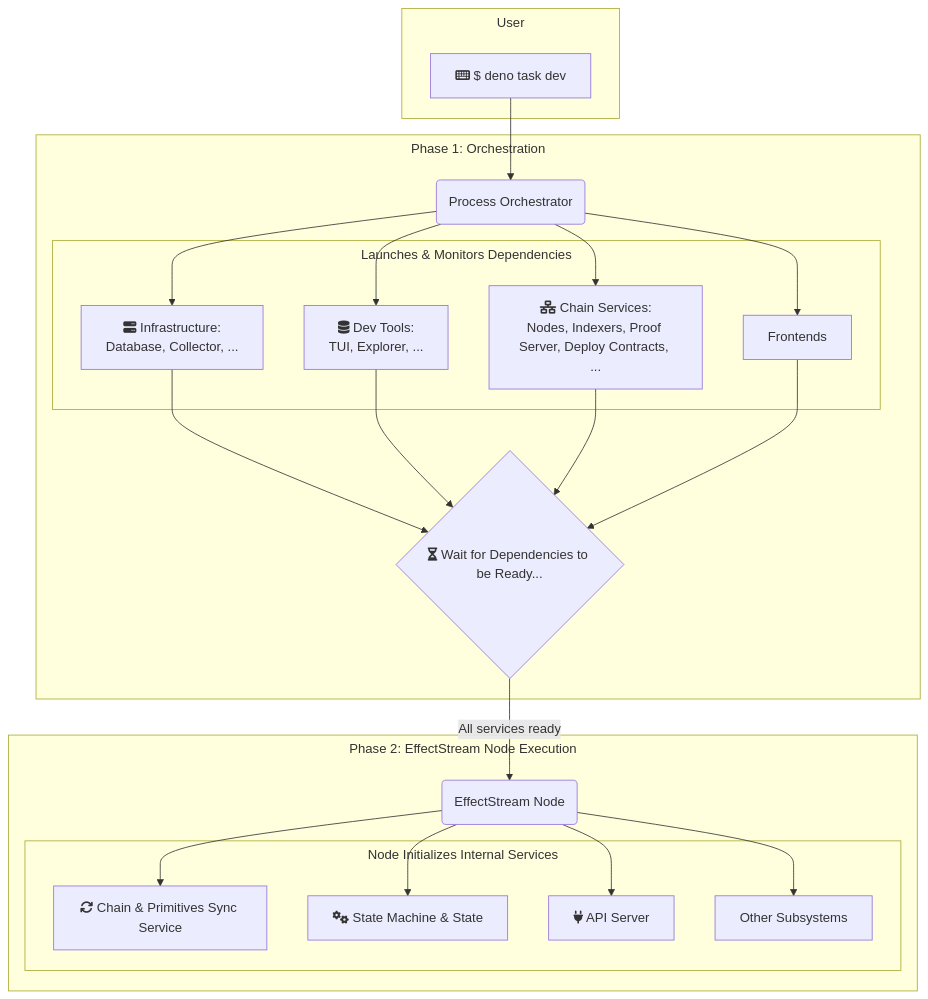
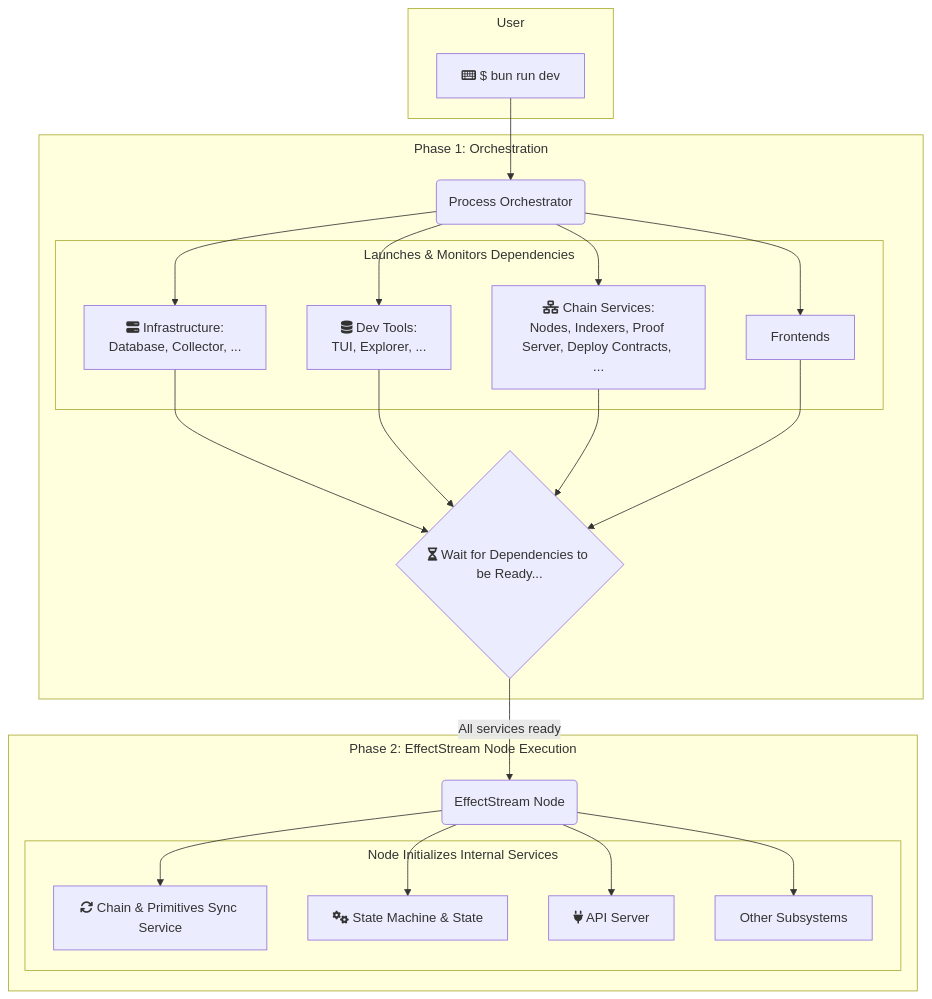
The diagram in docs/site/docs/home/10-quickstart/10-quickstart.md (effectstream/effectstream), drawn with Mermaid before and after one commit. The commit also changed other lines of this file and 63 other files, not shown here.

First line of the commit message:
docs: replace deno/jsr references with bun + npm

````diff
--- a/docs/site/docs/home/10-quickstart/10-quickstart.md
+++ b/docs/site/docs/home/10-quickstart/10-quickstart.md
@@ -90,53 +80,53 @@
 ```mermaid
 ---
 config:
   flowchart:
     subGraphTitleMargin:
       top: 5
       bottom: 25
 ---
 graph TD
     subgraph "User"
-        A["fa:fa-keyboard $ deno task dev"]
+        A["fa:fa-keyboard $ bun run dev"]
     end
 
     subgraph "Phase 1: Orchestration"
         B(Process Orchestrator)
         subgraph "Launches & Monitors Dependencies"
 
             C[fa:fa-server Infrastructure:<br/>Database, Collector, ...]
             D[fa:fa-database Dev Tools:<br/>TUI, Explorer, ...]
             E[fa:fa-network-wired Chain Services:<br/>Nodes, Indexers, Proof Server, Deploy Contracts, ...]
             F[Frontends]
         end
         G{fa:fa-hourglass-half Wait for Dependencies to be Ready...}
     end
 
     subgraph "Phase 2: EffectStream Node Execution"
         H(EffectStream Node)
         subgraph "Node Initializes Internal Services"
             I[fa:fa-sync Chain & Primitives Sync Service]
             J[fa:fa-cogs State Machine & State]
             K[fa:fa-plug API Server]
             L[Other Subsystems]
         end
     end
 
     A --> B;
     B --> C;
     B --> D;
     B --> E;
     B --> F;
 
     C --> G;
     D --> G;
     E --> G;
     F --> G;
 
     G -- All services ready --> H;
 
     H --> L;
     H --> I;
     H --> J;
     H --> K;
 ```
````
